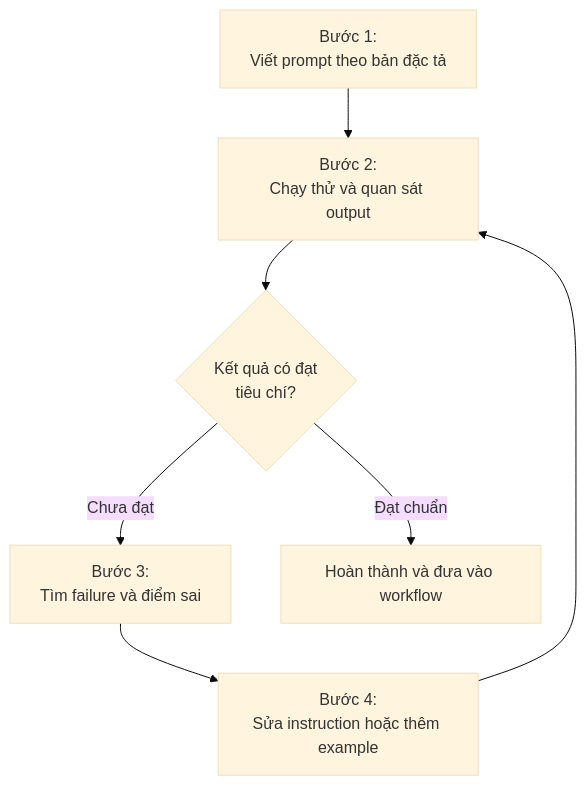
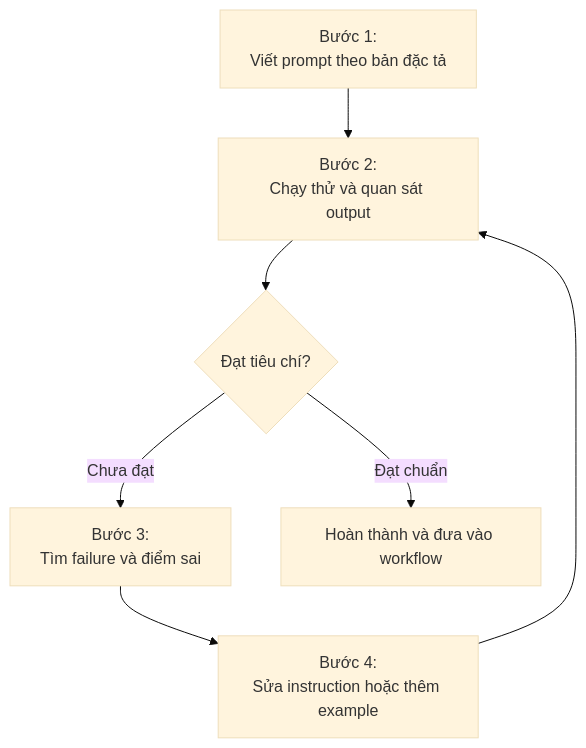
Before and after one commit to nguyengoctin/my_website: the second of 2 diagrams in content/posts/chuan-muc-viet-prompt-tu-yeu-cau-mo-ho-den-ban-dac-ta.md, drawn with Mermaid (base theme). The commit also changed other lines of this file and 22 other files, not shown here.

````diff
--- a/content/posts/chuan-muc-viet-prompt-tu-yeu-cau-mo-ho-den-ban-dac-ta.md
+++ b/content/posts/chuan-muc-viet-prompt-tu-yeu-cau-mo-ho-den-ban-dac-ta.md
@@ -377,9 +377,9 @@
 ```mermaid
 flowchart TD
 P1["Bước 1:<br/>Viết prompt theo bản đặc tả"] --> P2["Bước 2:<br/>Chạy thử và quan sát output"]
-P2 --> P3{"Kết quả có đạt<br/>tiêu chí?"}
+P2 --> P3{"Đạt tiêu chí?"}
 P3 -->|Chưa đạt| P4["Bước 3:<br/>Tìm failure và điểm sai"]
 P4 --> P5["Bước 4:<br/>Sửa instruction hoặc thêm example"]
 P5 --> P2
 P3 -->|Đạt chuẩn| P6["Hoàn thành và đưa vào workflow"]
 ```
````
